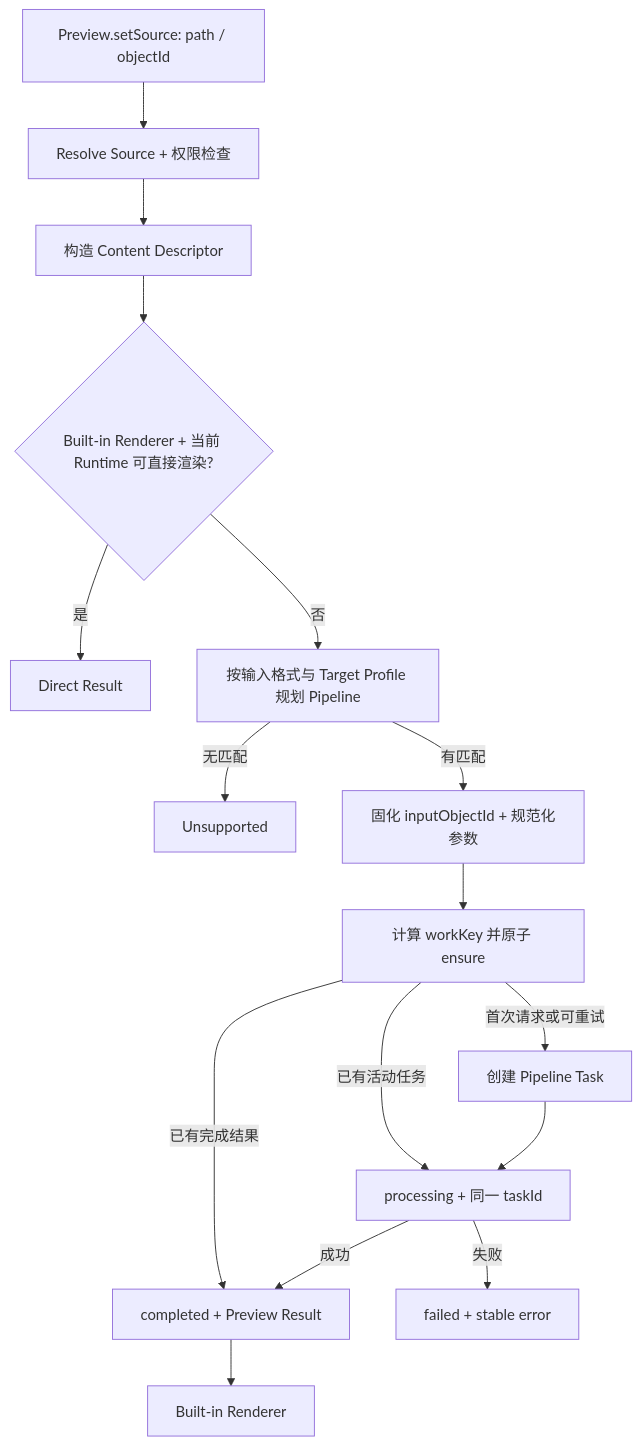
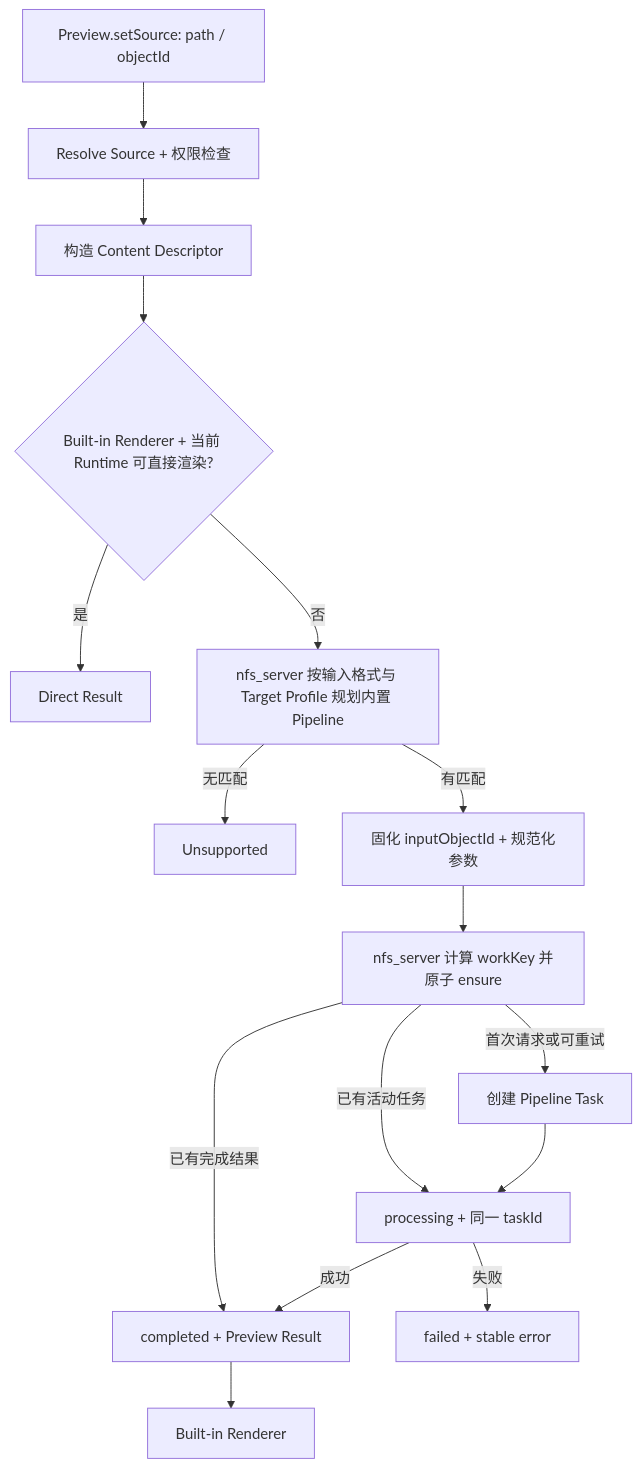
The third of 3 diagrams in product/bucky_file/BuckyOS Preview App-Component PRD.md (buckyos/buckyos), drawn with Mermaid before and after one commit. The commit also changed other lines of this file and 1 other file, not shown here.

````diff
--- a/product/bucky_file/BuckyOS Preview App-Component PRD.md
+++ b/product/bucky_file/BuckyOS Preview App-Component PRD.md
@@ -1121,18 +1130,18 @@
 ```mermaid
 flowchart TD
     A[Preview.setSource: path / objectId] --> B[Resolve Source + 权限检查]
     B --> C[构造 Content Descriptor]
     C --> D{Built-in Renderer + 当前 Runtime 可直接渲染?}
     D -->|是| E[Direct Result]
-    D -->|否| F[按输入格式与 Target Profile 规划 Pipeline]
+    D -->|否| F[nfs_server 按输入格式与 Target Profile 规划内置 Pipeline]
     F -->|无匹配| G[Unsupported]
     F -->|有匹配| H[固化 inputObjectId + 规范化参数]
-    H --> I[计算 workKey 并原子 ensure]
+    H --> I[nfs_server 计算 workKey 并原子 ensure]
     I -->|已有完成结果| J[completed + Preview Result]
     I -->|已有活动任务| K[processing + 同一 taskId]
     I -->|首次请求或可重试| L[创建 Pipeline Task]
     L --> K
     K -->|成功| J
     K -->|失败| M[failed + stable error]
     J --> N[Built-in Renderer]
 ```
````
